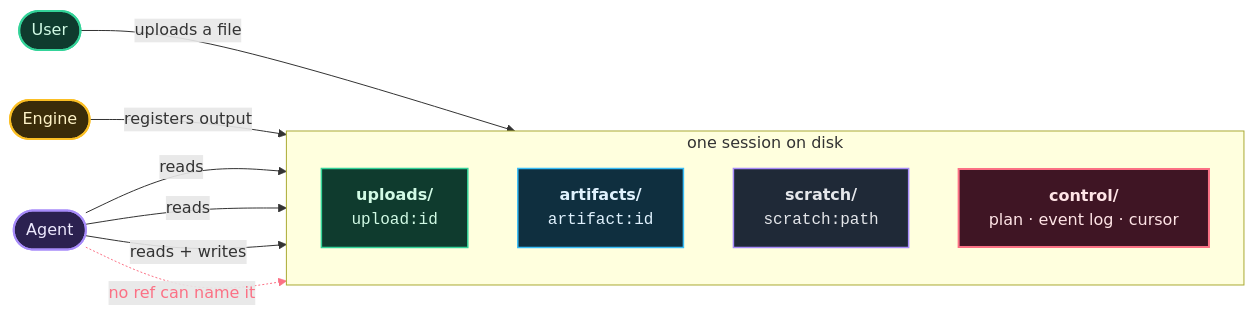
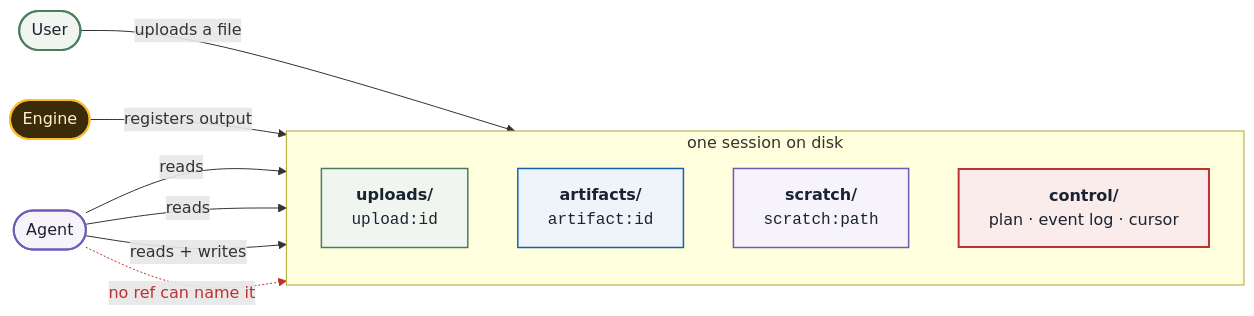
The third of 3 diagrams in README.md (jity16/Loomcraft), drawn with Mermaid before and after one commit. The commit also changed other lines of this file and 27 other files, not shown here.

````diff
--- a/README.md
+++ b/README.md
@@ -267,31 +277,31 @@
 ```mermaid
 flowchart LR
     USER(["User"]):::user
     ENG(["Engine"]):::engine
     AG(["Agent"]):::agent
 
     USER -- "uploads a file" --> UP
     ENG  -- "registers output" --> ART
     AG   -- "reads" --> UP
     AG   -- "reads" --> ART
     AG   -- "reads + writes" --> SCR
     AG   -. "no ref can name it" .-> CTL
 
     subgraph SESSION["one session on disk"]
         direction TB
         UP["<b>uploads/</b><br/><code>upload:id</code>"]:::up
         ART["<b>artifacts/</b><br/><code>artifact:id</code>"]:::art
         SCR["<b>scratch/</b><br/><code>scratch:path</code>"]:::scr
         CTL["<b>control/</b><br/>plan · event log · cursor"]:::ctl
     end
 
-    classDef user   fill:#0f3b2e,stroke:#34d399,stroke-width:2px,color:#d1fae5
-    classDef agent  fill:#2b2150,stroke:#a78bfa,stroke-width:2px,color:#ede9fe
+    classDef user   fill:#f0f6ef,stroke:#4a7d5b,stroke-width:2px,color:#1a2332
+    classDef agent  fill:#f6f3fb,stroke:#6d5bb5,stroke-width:2px,color:#1a2332
     classDef engine fill:#3a2c0a,stroke:#fbbf24,stroke-width:2px,color:#fef3c7
-    classDef up     fill:#0f3b2e,stroke:#34d399,stroke-width:1.5px,color:#d1fae5
-    classDef art    fill:#0f2f3f,stroke:#38bdf8,stroke-width:1.5px,color:#e0f2fe
-    classDef scr    fill:#1f2937,stroke:#a78bfa,stroke-width:1.5px,color:#e5e7eb
-    classDef ctl    fill:#3f1524,stroke:#fb7185,stroke-width:2px,color:#ffe4e6
+    classDef up     fill:#f0f6ef,stroke:#4a7d5b,stroke-width:1.5px,color:#1a2332
+    classDef art    fill:#eef4fa,stroke:#1661ab,stroke-width:1.5px,color:#1a2332
+    classDef scr    fill:#f6f3fb,stroke:#6d5bb5,stroke-width:1.5px,color:#1a2332
+    classDef ctl    fill:#faeceb,stroke:#c03030,stroke-width:2px,color:#1a2332
 
-    linkStyle 5 stroke:#fb7185,color:#fb7185
+    linkStyle 5 stroke:#c03030,color:#c03030
 ```
````
